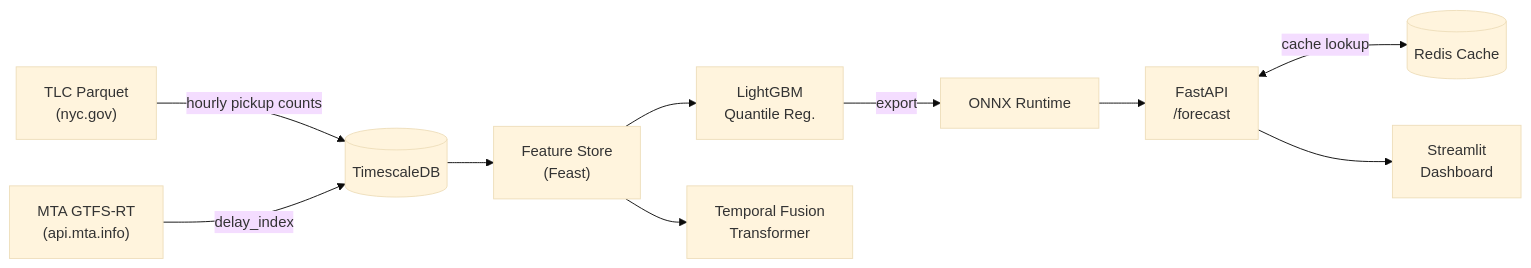
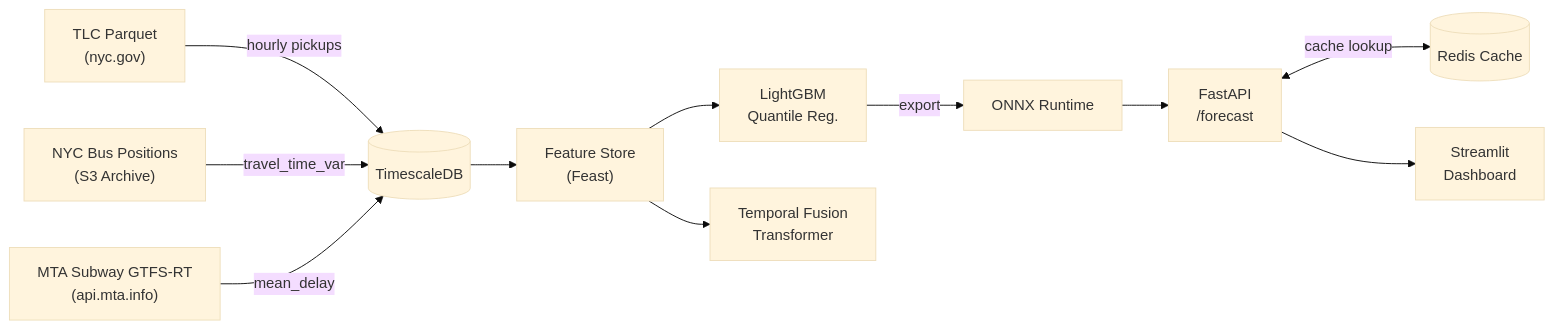
One commit to olveirap/pulsecast changed the diagram in README.md. Above: the diagram before and after it, drawn with Mermaid (base theme). The commit also changed other lines of this file and 21 other files, not shown here.

First line of the commit message:
Restructure congestion pipeline: bus positions and subway RT (#42) (#43)

````diff
--- a/README.md
+++ b/README.md
@@ -16,23 +16,25 @@
 ```mermaid
 flowchart LR
     TLC["TLC Parquet\n(nyc.gov)"]
-    GTFS["MTA GTFS-RT\n(api.mta.info)"]
+    Bus["NYC Bus Positions\n(S3 Archive)"]
+    Subway["MTA Subway GTFS-RT\n(api.mta.info)"]
     TSDB[("TimescaleDB")]
     FS["Feature Store\n(Feast)"]
     LGBM["LightGBM\nQuantile Reg."]
     TFT["Temporal Fusion\nTransformer"]
     ONNX["ONNX Runtime"]
     API["FastAPI\n/forecast"]
     Redis[("Redis Cache")]
     Dash["Streamlit\nDashboard"]
 
-    TLC -->|hourly pickup counts| TSDB
-    GTFS -->|delay_index| TSDB
+    TLC -->|hourly pickups| TSDB
+    Bus -->|travel_time_var| TSDB
+    Subway -->|mean_delay| TSDB
     TSDB --> FS
     FS --> LGBM
     FS --> TFT
     LGBM -->|export| ONNX
     ONNX --> API
     API <-->|cache lookup| Redis
     API --> Dash
 ```
````
